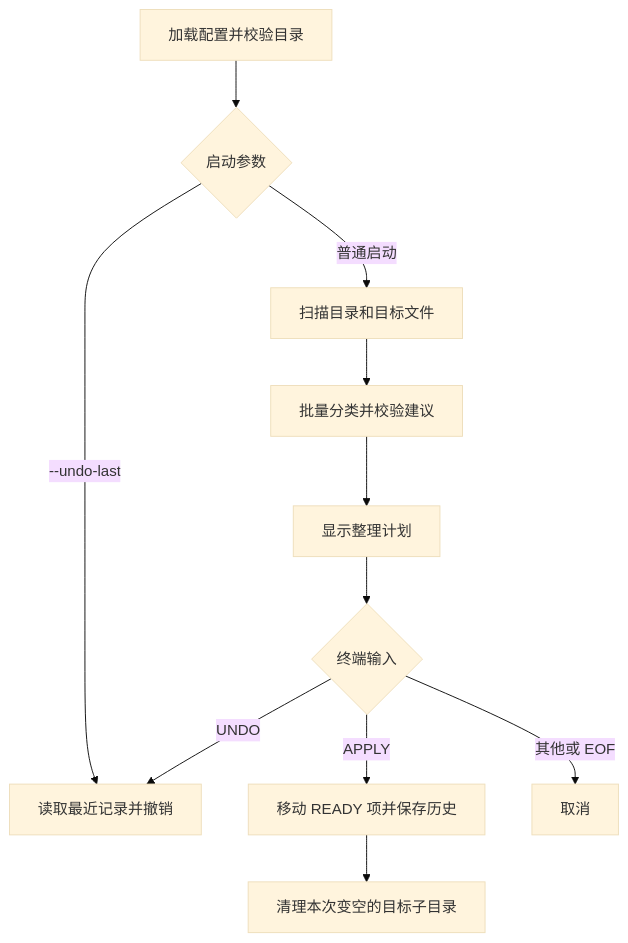
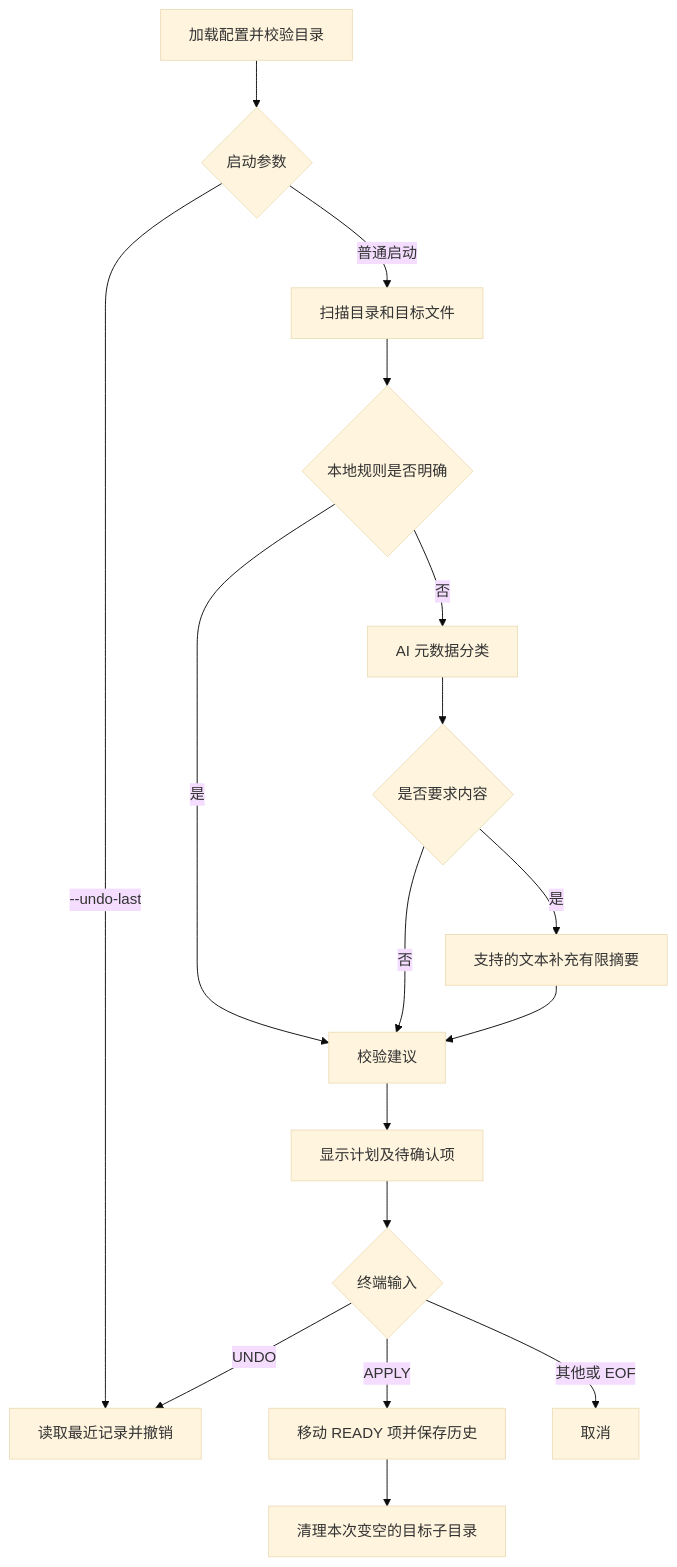
The diagram in docs/architecture.md (bacon-wang/Bei-File-Tidying), drawn with Mermaid (base theme) before and after one commit. The commit also changed other lines of this file and 10 other files, not shown here.

````diff
--- a/docs/architecture.md
+++ b/docs/architecture.md
@@ -20,13 +21,19 @@
 ```mermaid
 flowchart TD
     A[加载配置并校验目录] --> B{启动参数}
     B -->|--undo-last| U[读取最近记录并撤销]
     B -->|普通启动| C[扫描目录和目标文件]
-    C --> D[批量分类并校验建议]
-    D --> E[显示整理计划]
+    C --> L{本地规则是否明确}
+    L -->|是| D[校验建议]
+    L -->|否| M[AI 元数据分类]
+    M --> N{是否要求内容}
+    N -->|否| D
+    N -->|是| T[支持的文本补充有限摘要]
+    T --> D
+    D --> E[显示计划及待确认项]
     E --> F{终端输入}
     F -->|APPLY| G[移动 READY 项并保存历史]
     G --> H[清理本次变空的目标子目录]
     F -->|UNDO| U
     F -->|其他或 EOF| I[取消]
 ```
````
